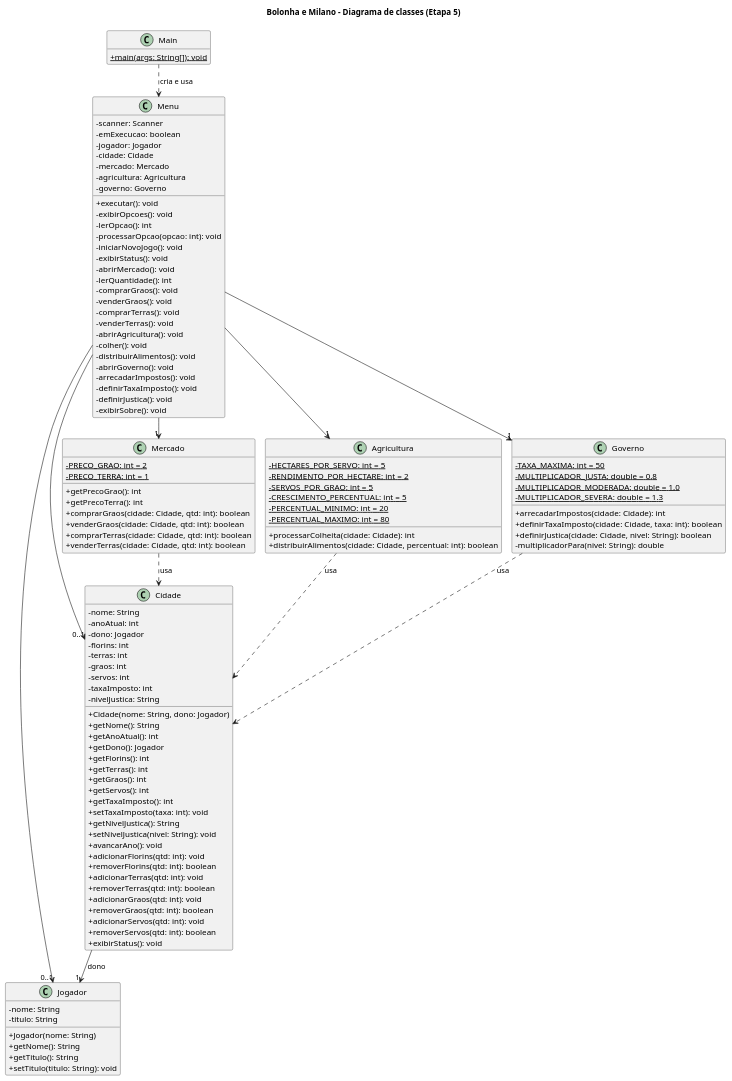
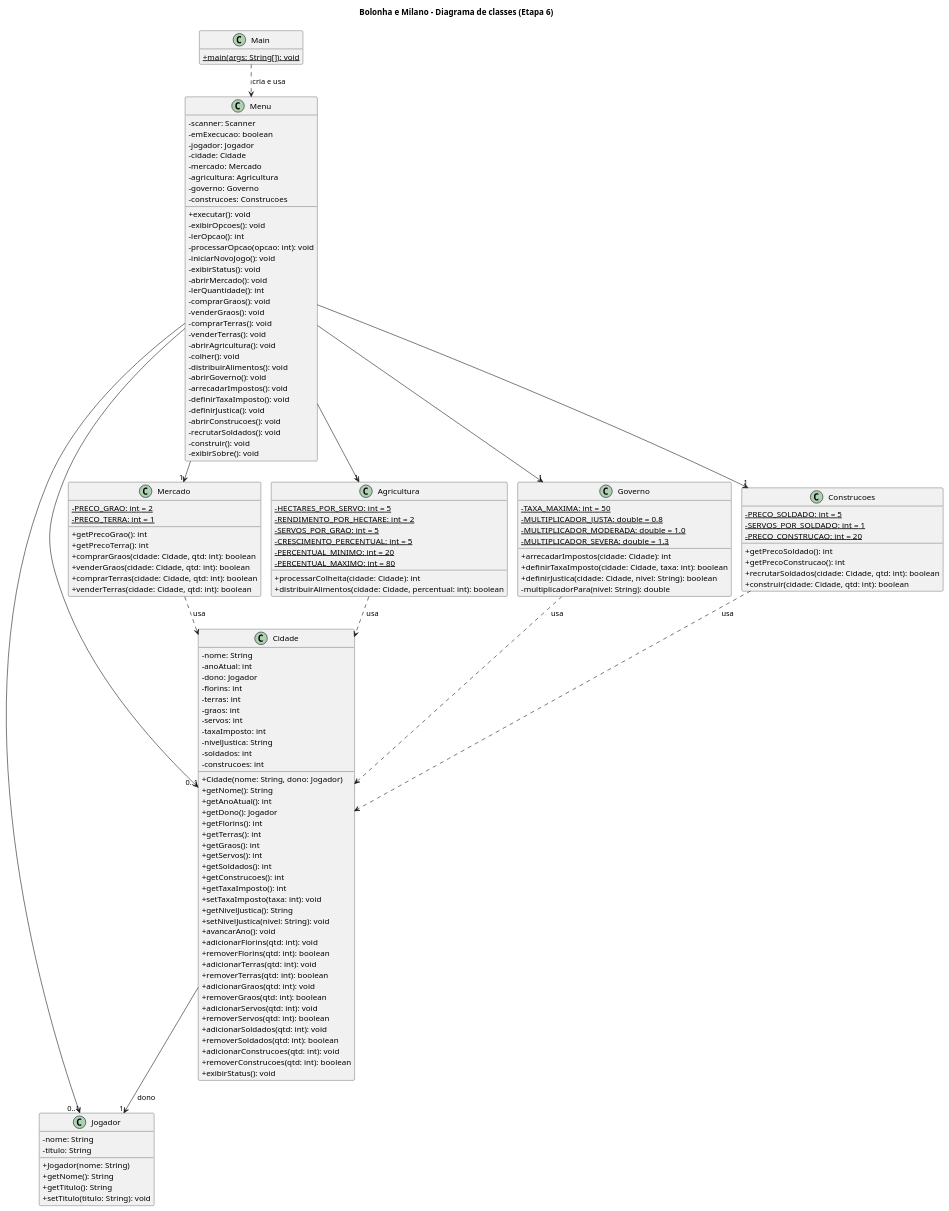
Before and after one commit to JoaoPauloQC/bolonha-milano: the diagram in uml/diagrama-classes.puml, drawn with PlantUML. The commit also changed 3 other files, not shown here.

Commit message:
etapa 6: diagramas atualizados

```diff
--- a/uml/diagrama-classes.puml
+++ b/uml/diagrama-classes.puml
@@ -1,127 +1,151 @@
 @startuml diagrama-classes
 !pragma layout smetana
-title Bolonha e Milano - Diagrama de classes (Etapa 5)
+title Bolonha e Milano - Diagrama de classes (Etapa 6)
 skinparam classAttributeIconSize 0
 hide empty members
 
 class Main {
   + {static} main(args: String[]): void
 }
 
 class Menu {
   - scanner: Scanner
   - emExecucao: boolean
   - jogador: Jogador
   - cidade: Cidade
   - mercado: Mercado
   - agricultura: Agricultura
   - governo: Governo
+  - construcoes: Construcoes
   + executar(): void
   - exibirOpcoes(): void
   - lerOpcao(): int
   - processarOpcao(opcao: int): void
   - iniciarNovoJogo(): void
   - exibirStatus(): void
   - abrirMercado(): void
   - lerQuantidade(): int
   - comprarGraos(): void
   - venderGraos(): void
   - comprarTerras(): void
   - venderTerras(): void
   - abrirAgricultura(): void
   - colher(): void
   - distribuirAlimentos(): void
   - abrirGoverno(): void
   - arrecadarImpostos(): void
   - definirTaxaImposto(): void
   - definirJustica(): void
+  - abrirConstrucoes(): void
+  - recrutarSoldados(): void
+  - construir(): void
   - exibirSobre(): void
 }
 
 class Jogador {
   - nome: String
   - titulo: String
   + Jogador(nome: String)
   + getNome(): String
   + getTitulo(): String
   + setTitulo(titulo: String): void
 }
 
 class Cidade {
   - nome: String
   - anoAtual: int
   - dono: Jogador
   - florins: int
   - terras: int
   - graos: int
   - servos: int
   - taxaImposto: int
   - nivelJustica: String
+  - soldados: int
+  - construcoes: int
   + Cidade(nome: String, dono: Jogador)
   + getNome(): String
   + getAnoAtual(): int
   + getDono(): Jogador
   + getFlorins(): int
   + getTerras(): int
   + getGraos(): int
   + getServos(): int
+  + getSoldados(): int
+  + getConstrucoes(): int
   + getTaxaImposto(): int
   + setTaxaImposto(taxa: int): void
   + getNivelJustica(): String
   + setNivelJustica(nivel: String): void
   + avancarAno(): void
   + adicionarFlorins(qtd: int): void
   + removerFlorins(qtd: int): boolean
   + adicionarTerras(qtd: int): void
   + removerTerras(qtd: int): boolean
   + adicionarGraos(qtd: int): void
   + removerGraos(qtd: int): boolean
   + adicionarServos(qtd: int): void
   + removerServos(qtd: int): boolean
+  + adicionarSoldados(qtd: int): void
+  + removerSoldados(qtd: int): boolean
+  + adicionarConstrucoes(qtd: int): void
+  + removerConstrucoes(qtd: int): boolean
   + exibirStatus(): void
 }
 
 class Mercado {
   - {static} PRECO_GRAO: int = 2
   - {static} PRECO_TERRA: int = 1
   + getPrecoGrao(): int
   + getPrecoTerra(): int
   + comprarGraos(cidade: Cidade, qtd: int): boolean
   + venderGraos(cidade: Cidade, qtd: int): boolean
   + comprarTerras(cidade: Cidade, qtd: int): boolean
   + venderTerras(cidade: Cidade, qtd: int): boolean
 }
 
 class Agricultura {
   - {static} HECTARES_POR_SERVO: int = 5
   - {static} RENDIMENTO_POR_HECTARE: int = 2
   - {static} SERVOS_POR_GRAO: int = 5
   - {static} CRESCIMENTO_PERCENTUAL: int = 5
   - {static} PERCENTUAL_MINIMO: int = 20
   - {static} PERCENTUAL_MAXIMO: int = 80
   + processarColheita(cidade: Cidade): int
   + distribuirAlimentos(cidade: Cidade, percentual: int): boolean
 }
 
 class Governo {
   - {static} TAXA_MAXIMA: int = 50
   - {static} MULTIPLICADOR_JUSTA: double = 0.8
   - {static} MULTIPLICADOR_MODERADA: double = 1.0
   - {static} MULTIPLICADOR_SEVERA: double = 1.3
   + arrecadarImpostos(cidade: Cidade): int
   + definirTaxaImposto(cidade: Cidade, taxa: int): boolean
   + definirJustica(cidade: Cidade, nivel: String): boolean
   - multiplicadorPara(nivel: String): double
 }
 
+class Construcoes {
+  - {static} PRECO_SOLDADO: int = 5
+  - {static} SERVOS_POR_SOLDADO: int = 1
+  - {static} PRECO_CONSTRUCAO: int = 20
+  + getPrecoSoldado(): int
+  + getPrecoConstrucao(): int
+  + recrutarSoldados(cidade: Cidade, qtd: int): boolean
+  + construir(cidade: Cidade, qtd: int): boolean
+}
+
 Main ..> Menu : cria e usa
 Menu --> "0..1" Jogador
 Menu --> "0..1" Cidade
 Menu --> "1" Mercado
 Menu --> "1" Agricultura
 Menu --> "1" Governo
+Menu --> "1" Construcoes
 Cidade --> "1" Jogador : dono
 Mercado ..> Cidade : usa
 Agricultura ..> Cidade : usa
 Governo ..> Cidade : usa
+Construcoes ..> Cidade : usa
 @enduml
```
